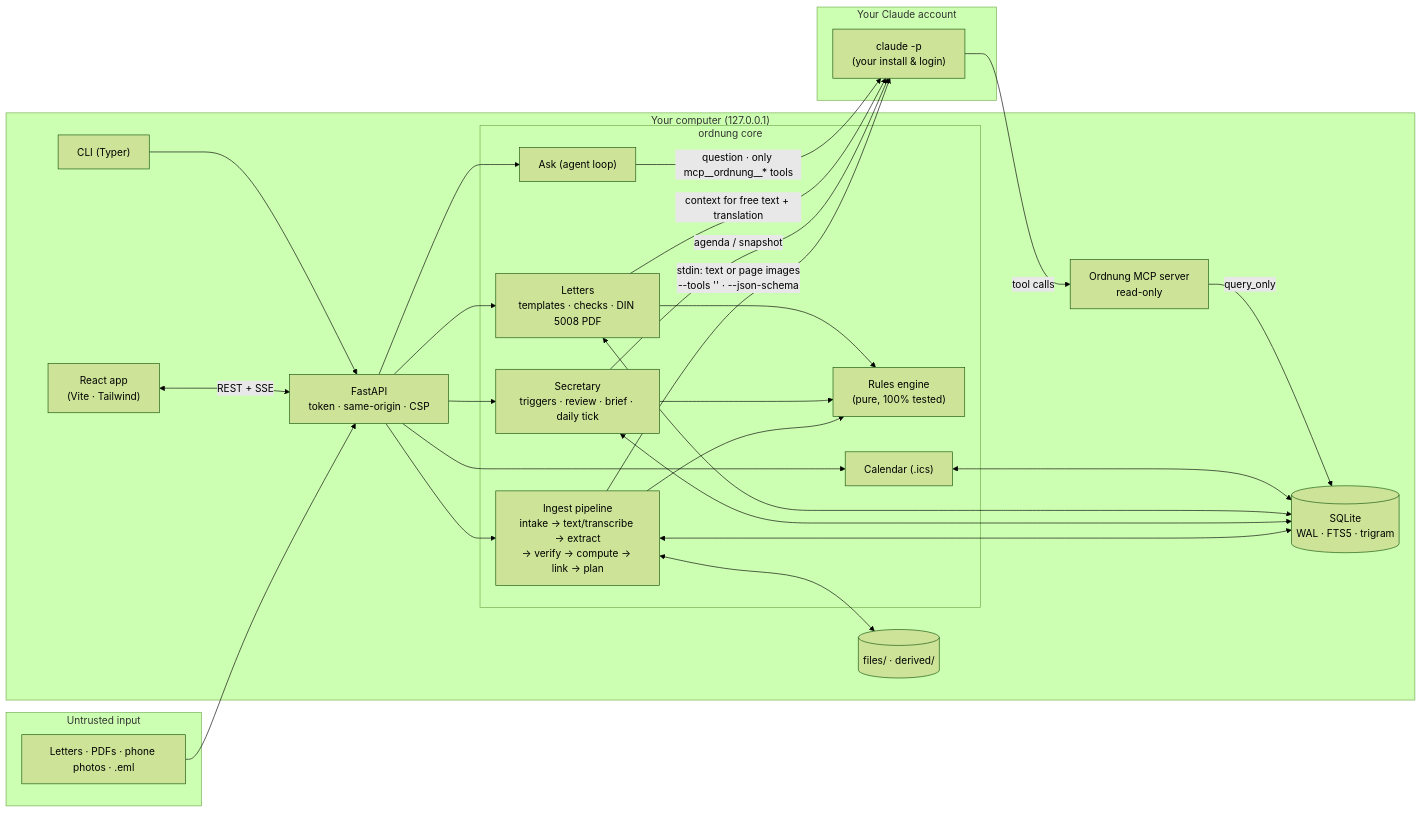
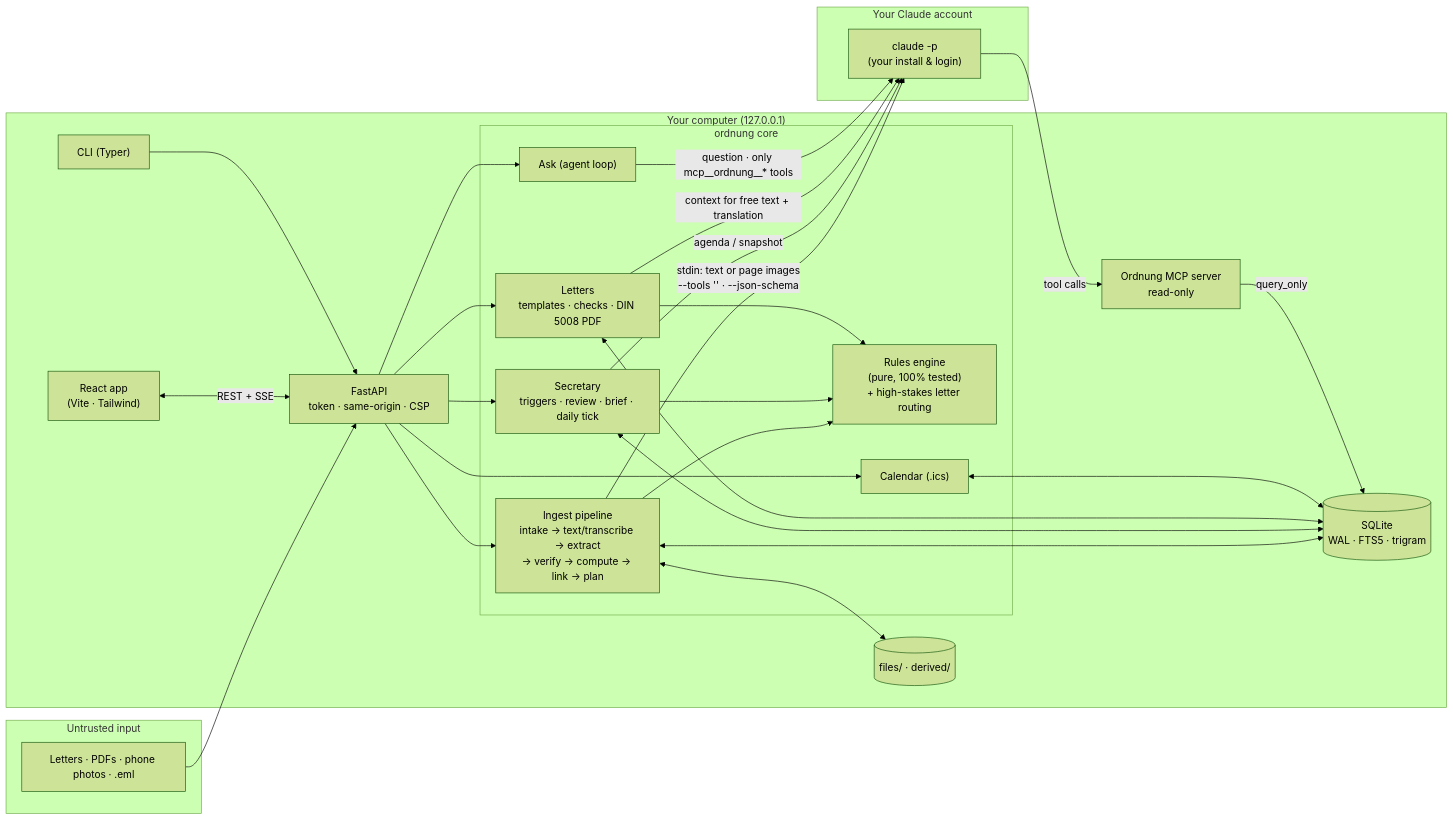
One commit to ahmedEid1/ordnung changed the first of 4 diagrams in docs/architecture.md. Above: the diagram before and after it, drawn with Mermaid (forest theme). The commit also changed other lines of this file and 16 other files, not shown here.

````diff
--- a/docs/architecture.md
+++ b/docs/architecture.md
@@ -9,43 +9,43 @@
 ```mermaid
 flowchart LR
   subgraph untrusted["Untrusted input"]
     L["Letters · PDFs · phone photos · .eml"]
   end
 
   subgraph local["Your computer (127.0.0.1)"]
     UI["React app<br/>(Vite · Tailwind)"]
     CLI["CLI (Typer)"]
     API["FastAPI<br/>token · same-origin · CSP"]
     subgraph core["ordnung core"]
       ING["Ingest pipeline<br/>intake → text/transcribe → extract<br/>→ verify → compute → link → plan"]
-      RUL["Rules engine<br/>(pure, 100% tested)"]
+      RUL["Rules engine<br/>(pure, 100% tested)<br/>+ high-stakes letter routing"]
       SEC["Secretary<br/>triggers · review · brief · daily tick"]
       ASK["Ask (agent loop)"]
       DRF["Letters<br/>templates · checks · DIN 5008 PDF"]
       ICS["Calendar (.ics)"]
     end
     DB[("SQLite<br/>WAL · FTS5 · trigram")]
     FS[("files/ · derived/")]
     MCP["Ordnung MCP server<br/>read-only"]
   end
 
   subgraph account["Your Claude account"]
     CC["claude -p<br/>(your install & login)"]
   end
 
   L --> API
   UI <-->|REST + SSE| API
   CLI --> API
   API --> ING & SEC & ASK & DRF & ICS
   ING --> RUL
   SEC --> RUL
   DRF --> RUL
   ING & SEC & DRF & ICS <--> DB
   ING <--> FS
   ING -->|"stdin: text or page images<br/>--tools '' · --json-schema"| CC
   SEC -->|"agenda / snapshot"| CC
   DRF -->|"context for free text + translation"| CC
   ASK -->|"question · only mcp__ordnung__* tools"| CC
   CC -->|tool calls| MCP
   MCP -->|"query_only"| DB
 ```
````
